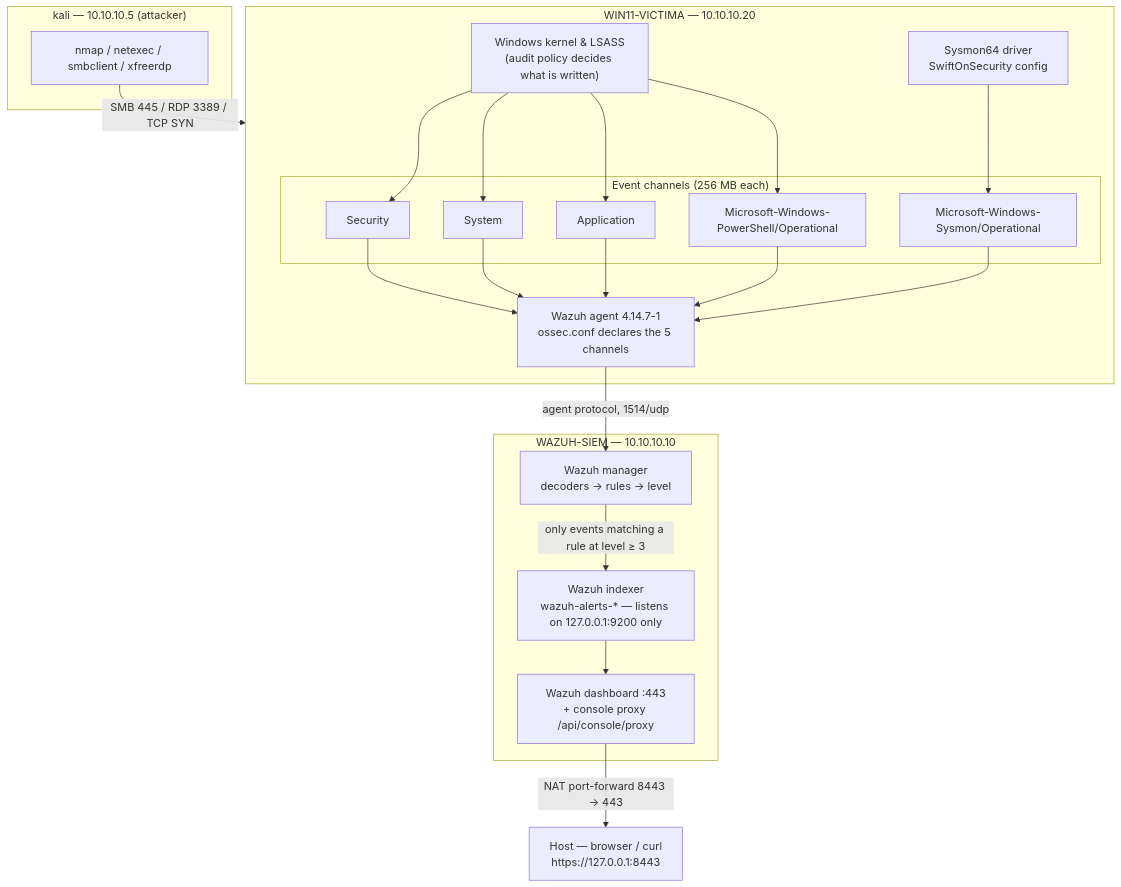
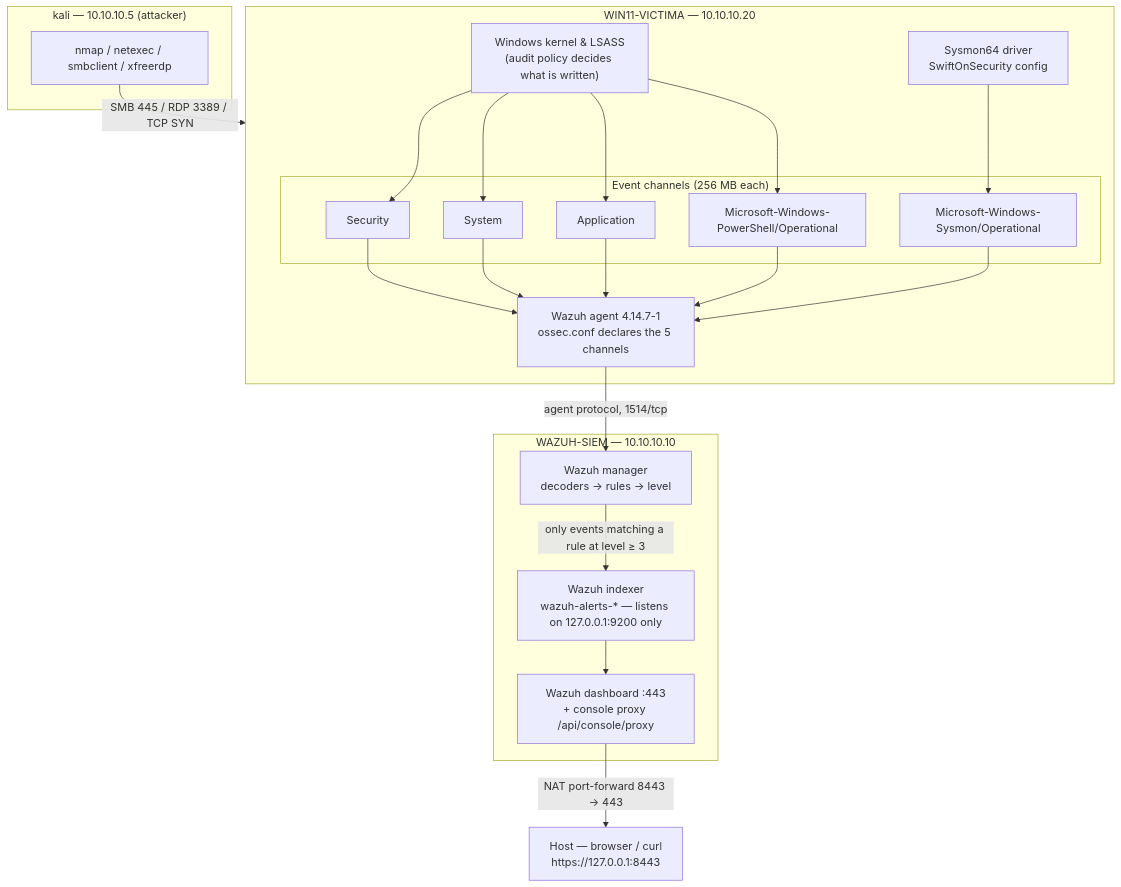
The diagram in docs/01-lab-architecture.md (GTosetti/Proyecto-1), drawn with Mermaid before and after one commit. The commit also changed other lines of this file and 20 other files, not shown here.

````diff
--- a/docs/01-lab-architecture.md
+++ b/docs/01-lab-architecture.md
@@ -153,43 +158,43 @@
 ```mermaid
 flowchart TB
     subgraph KALI["kali &mdash; 10.10.10.5 (attacker)"]
         ATK["nmap / netexec / smbclient / xfreerdp"]
     end
 
     subgraph WIN["WIN11-VICTIMA &mdash; 10.10.10.20"]
         KRN["Windows kernel &amp; LSASS<br/>(audit policy decides what is written)"]
         SYSMON["Sysmon64 driver<br/>SwiftOnSecurity config"]
         subgraph CH["Event channels (256 MB each)"]
             SEC["Security"]
             SYS["System"]
             APP["Application"]
             PS["Microsoft-Windows-PowerShell/Operational"]
             SMON["Microsoft-Windows-Sysmon/Operational"]
         end
         AGT["Wazuh agent 4.14.7-1<br/>ossec.conf declares the 5 channels"]
     end
 
     subgraph SIEM["WAZUH-SIEM &mdash; 10.10.10.10"]
         MGR["Wazuh manager<br/>decoders &rarr; rules &rarr; level"]
         IDX["Wazuh indexer<br/>wazuh-alerts-* &mdash; listens on 127.0.0.1:9200 only"]
         DSH["Wazuh dashboard :443<br/>+ console proxy /api/console/proxy"]
     end
 
     HOST["Host &mdash; browser / curl<br/>https://127.0.0.1:8443"]
 
     ATK -->|"SMB 445 / RDP 3389 / TCP SYN"| WIN
     KRN --> SEC
     KRN --> SYS
     KRN --> APP
     KRN --> PS
     SYSMON --> SMON
     SEC --> AGT
     SYS --> AGT
     APP --> AGT
     PS --> AGT
     SMON --> AGT
-    AGT -->|"agent protocol, 1514/udp"| MGR
+    AGT -->|"agent protocol, 1514/tcp"| MGR
     MGR -->|"only events matching a rule at level &ge; 3"| IDX
     IDX --> DSH
     DSH -->|"NAT port-forward 8443 &rarr; 443"| HOST
 ```
````
